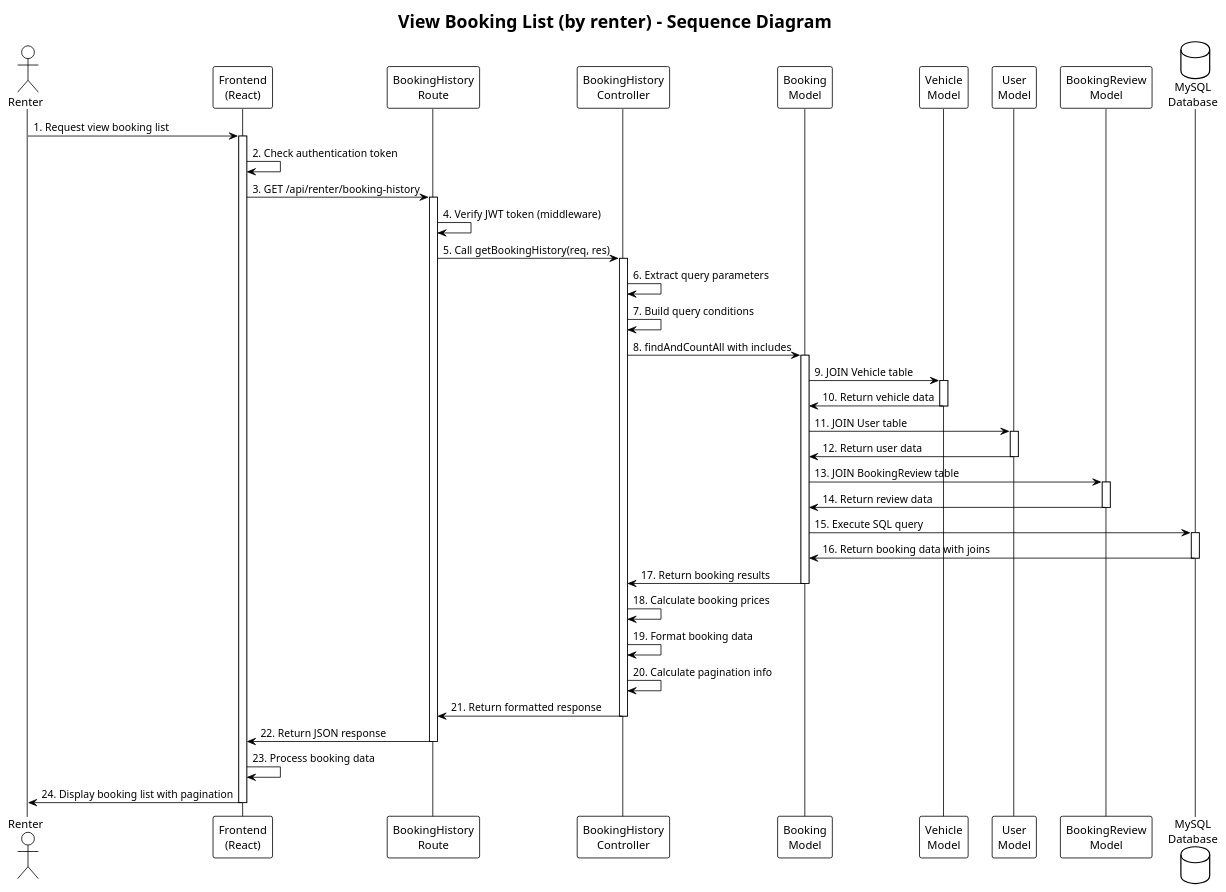
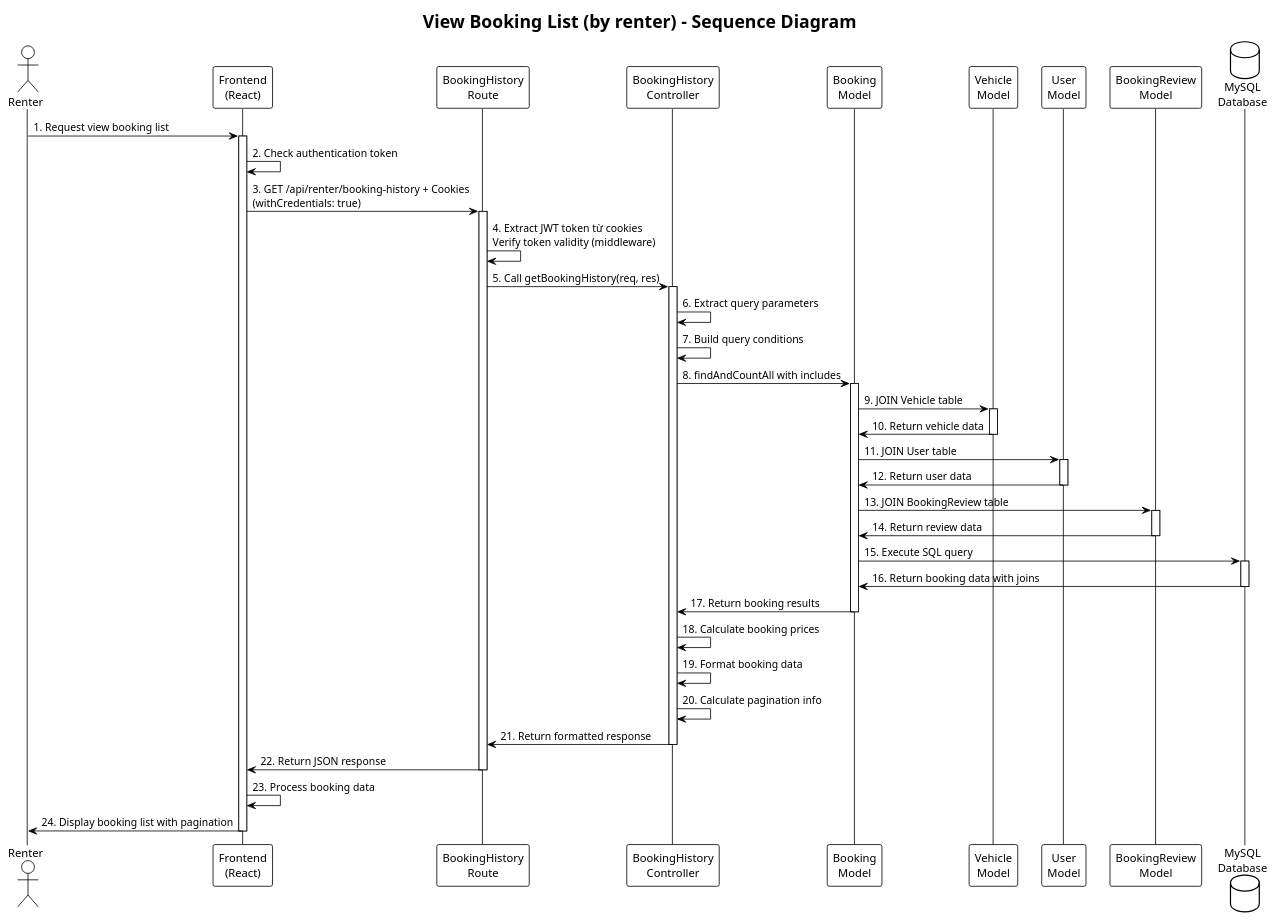
The diagram in backend/docs/sequence_diagrams/view_booking_list_renter.puml (vankhai-coder/SEP_Rentzy), drawn with PlantUML before and after one commit. The commit also changed 30 other files, not shown here.

```diff
--- a/backend/docs/sequence_diagrams/view_booking_list_renter.puml
+++ b/backend/docs/sequence_diagrams/view_booking_list_renter.puml
@@ -1,75 +1,75 @@
 @startuml View Booking List (by renter)
 !theme plain
 title View Booking List (by renter) - Sequence Diagram
 
 actor Renter as R
 participant "Frontend\n(React)" as F
 participant "BookingHistory\nRoute" as BR
 participant "BookingHistory\nController" as BC
 participant "Booking\nModel" as BM
 participant "Vehicle\nModel" as VM
 participant "User\nModel" as UM
 participant "BookingReview\nModel" as BRM
 database "MySQL\nDatabase" as DB
 
 R -> F: 1. Request view booking list
 activate F
 
 F -> F: 2. Check authentication token
 
-F -> BR: 3. GET /api/renter/booking-history
+F -> BR: 3. GET /api/renter/booking-history + Cookies\n(withCredentials: true)
 activate BR
 
-BR -> BR: 4. Verify JWT token (middleware)
+BR -> BR: 4. Extract JWT token từ cookies\nVerify token validity (middleware)
 
 BR -> BC: 5. Call getBookingHistory(req, res)
 activate BC
 
 BC -> BC: 6. Extract query parameters
 
 BC -> BC: 7. Build query conditions
 
 BC -> BM: 8. findAndCountAll with includes
 activate BM
 
 BM -> VM: 9. JOIN Vehicle table
 activate VM
 VM -> BM: 10. Return vehicle data
 deactivate VM
 
 BM -> UM: 11. JOIN User table
 activate UM
 UM -> BM: 12. Return user data
 deactivate UM
 
 BM -> BRM: 13. JOIN BookingReview table
 activate BRM
 BRM -> BM: 14. Return review data
 deactivate BRM
 
 BM -> DB: 15. Execute SQL query
 activate DB
 DB -> BM: 16. Return booking data with joins
 deactivate DB
 
 BM -> BC: 17. Return booking results
 deactivate BM
 
 BC -> BC: 18. Calculate booking prices
 
 BC -> BC: 19. Format booking data
 
 BC -> BC: 20. Calculate pagination info
 
 BC -> BR: 21. Return formatted response
 deactivate BC
 
 BR -> F: 22. Return JSON response
 deactivate BR
 
 F -> F: 23. Process booking data
 
 F -> R: 24. Display booking list with pagination
 deactivate F
 
 @enduml
```
